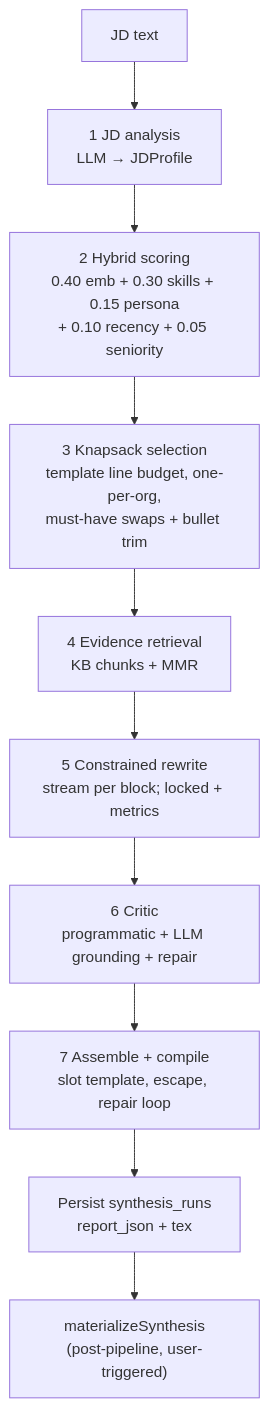
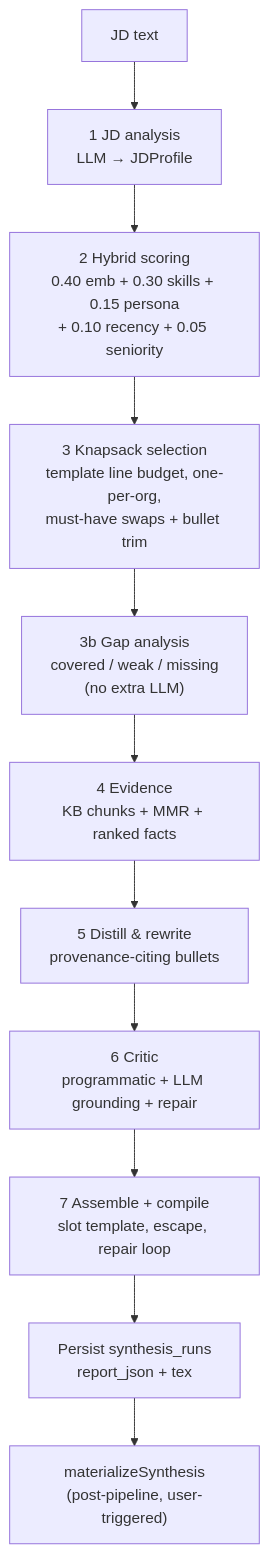
One commit to bharathvbcr/DevPrism changed the second of 2 diagrams in docs/RESUME_SYNTHESIS.md. Above: the diagram before and after it, drawn with Mermaid. The commit also changed other lines of this file and 125 other files, not shown here.

First line of the commit message:
feat: deepen resume synthesis with preflight, gap analysis, and pipeline UX

````diff
--- a/docs/RESUME_SYNTHESIS.md
+++ b/docs/RESUME_SYNTHESIS.md
@@ -144,12 +164,13 @@
 ```mermaid
 flowchart TD
   JD[JD text] --> A["1 JD analysis\nLLM → JDProfile"]
   A --> S["2 Hybrid scoring\n0.40 emb + 0.30 skills + 0.15 persona\n+ 0.10 recency + 0.05 seniority"]
   S --> K["3 Knapsack selection\ntemplate line budget, one-per-org,\nmust-have swaps + bullet trim"]
-  K --> Ev["4 Evidence retrieval\nKB chunks + MMR"]
-  Ev --> R["5 Constrained rewrite\nstream per block; locked + metrics"]
+  K --> G["3b Gap analysis\ncovered / weak / missing\n(no extra LLM)"]
+  G --> Ev["4 Evidence\nKB chunks + MMR + ranked facts"]
+  Ev --> R["5 Distill & rewrite\nprovenance-citing bullets"]
   R --> C["6 Critic\nprogrammatic + LLM grounding + repair"]
   C --> T["7 Assemble + compile\nslot template, escape, repair loop"]
   T --> Persist["Persist synthesis_runs\nreport_json + tex"]
   Persist --> M["materializeSynthesis\n(post-pipeline, user-triggered)"]
 ```
````
